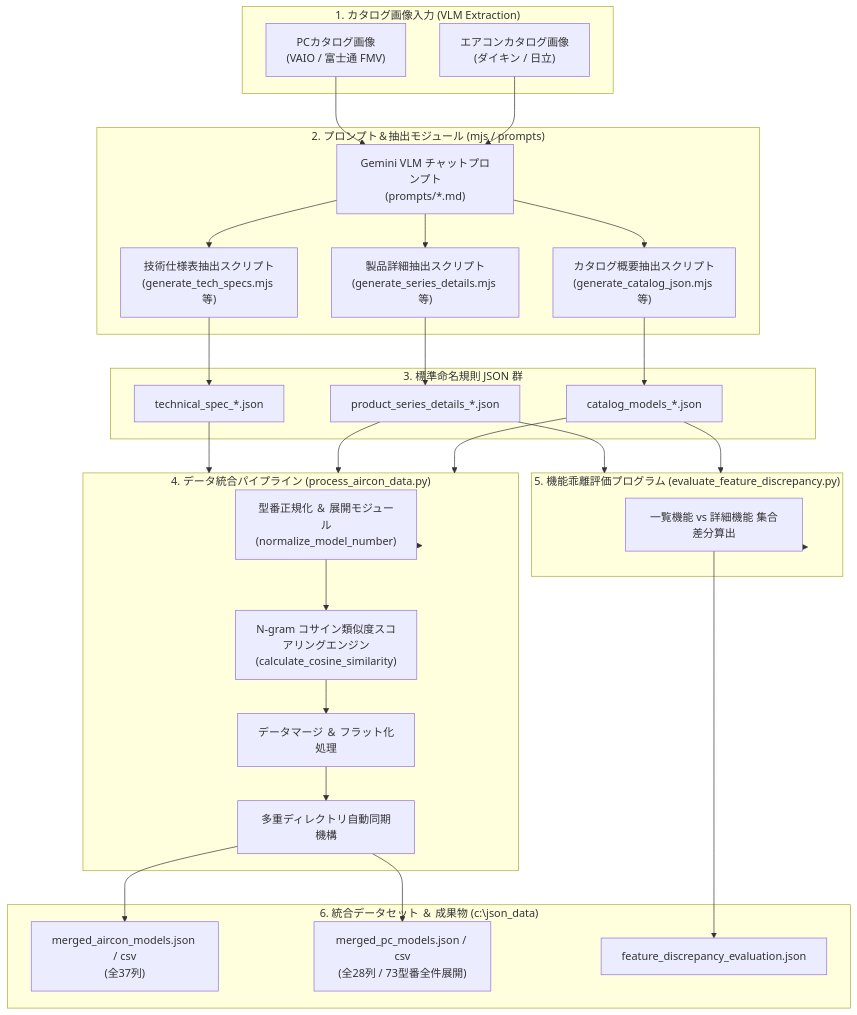
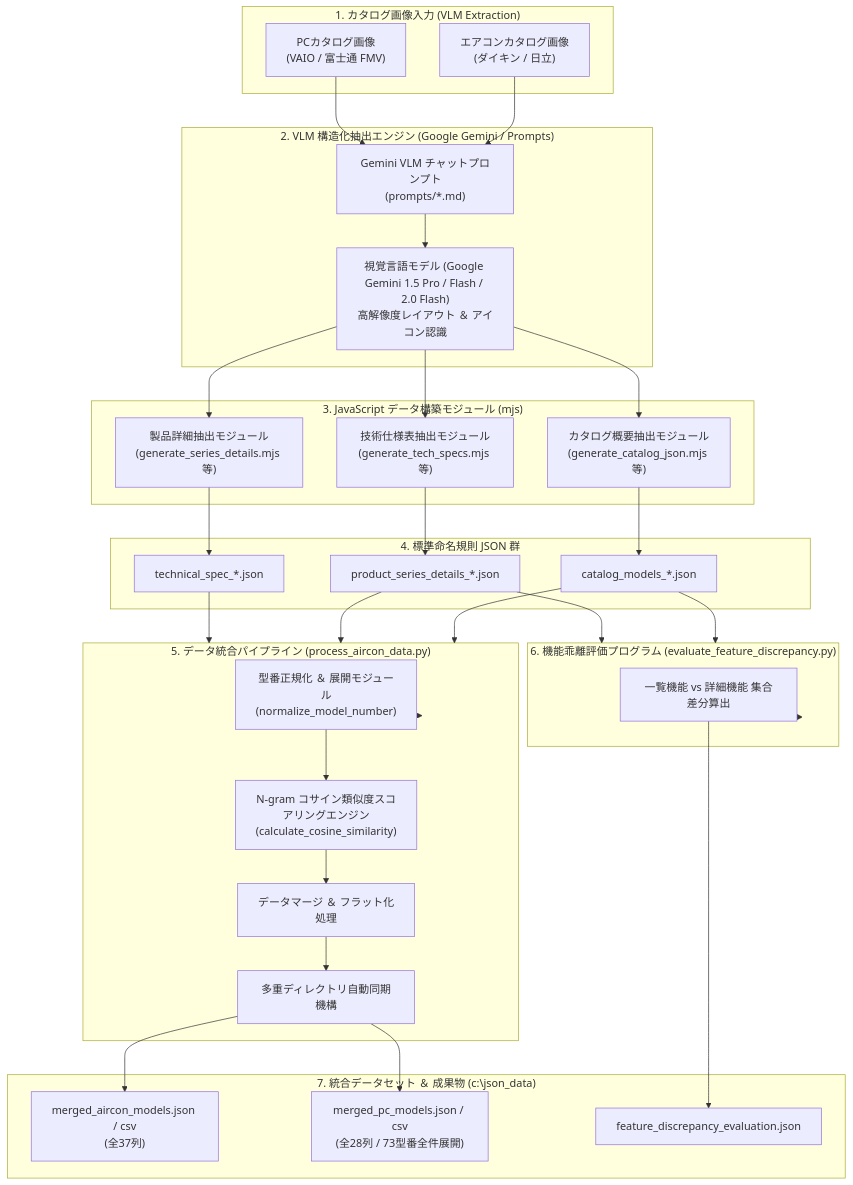
Before and after one commit to kuronekopr/VLM-20260809: the diagram in system_detailed_design.md, drawn with Mermaid. The commit also changed other lines of this file, not shown here.

Commit message:
Enhance system_detailed_design.md with Section 3 VLM Gemini structured JSON extraction specifications and prompt guardrails

````diff
--- a/system_detailed_design.md
+++ b/system_detailed_design.md
@@ -22,50 +23,53 @@
 ```mermaid
 flowchart TD
     subgraph Input ["1. カタログ画像入力 (VLM Extraction)"]
         Img1["エアコンカタログ画像<br>(ダイキン / 日立)"]
         Img2["PCカタログ画像<br>(VAIO / 富士通 FMV)"]
     end
 
-    subgraph PromptModule ["2. プロンプト＆抽出モジュール (mjs / prompts)"]
-        P1["Gemini VLM チャットプロンプト<br>(prompts/*.md)"]
-        S1["カタログ概要抽出スクリプト<br>(generate_catalog_json.mjs 等)"]
-        S2["製品詳細抽出スクリプト<br>(generate_series_details.mjs 等)"]
-        S3["技術仕様表抽出スクリプト<br>(generate_tech_specs.mjs 等)"]
+    subgraph VLMModule ["2. VLM 構造化抽出エンジン (Google Gemini / Prompts)"]
+        VP["Gemini VLM チャットプロンプト<br>(prompts/*.md)"]
+        VLM["視覚言語モデル (Google Gemini 1.5 Pro / Flash / 2.0 Flash)<br>高解像度レイアウト ＆ アイコン認識"]
     end
 
-    subgraph StandardFiles ["3. 標準命名規則 JSON 群"]
+    subgraph GeneratorModule ["3. JavaScript データ構築モジュール (mjs)"]
+        S1["カタログ概要抽出モジュール<br>(generate_catalog_json.mjs 等)"]
+        S2["製品詳細抽出モジュール<br>(generate_series_details.mjs 等)"]
+        S3["技術仕様表抽出モジュール<br>(generate_tech_specs.mjs 等)"]
+    end
+
+    subgraph StandardFiles ["4. 標準命名規則 JSON 群"]
         F1["catalog_models_*.json"]
         F2["product_series_details_*.json"]
         F3["technical_spec_*.json"]
     end
 
-    subgraph PipelineEngine ["4. データ統合パイプライン (process_aircon_data.py)"]
+    subgraph PipelineEngine ["5. データ統合パイプライン (process_aircon_data.py)"]
         E1["型番正規化 ＆ 展開モジュール<br>(normalize_model_number)"]
         E2["N-gram コサイン類似度スコアリングエンジン<br>(calculate_cosine_similarity)"]
         E3["データマージ ＆ フラット化処理"]
         E4["多重ディレクトリ自動同期機構"]
     end
 
-    subgraph Evaluator ["5. 機能乖離評価プログラム (evaluate_feature_discrepancy.py)"]
+    subgraph Evaluator ["6. 機能乖離評価プログラム (evaluate_feature_discrepancy.py)"]
         EV1["一覧機能 vs 詳細機能 集合差分算出"]
     end
 
-    subgraph OutputDataset ["6. 統合データセット ＆ 成果物 (c:\json_data)"]
+    subgraph OutputDataset ["7. 統合データセット ＆ 成果物 (c:\json_data)"]
         O1["merged_aircon_models.json / csv<br>(全37列)"]
         O2["merged_pc_models.json / csv<br>(全28列 / 73型番全件展開)"]
         O3["feature_discrepancy_evaluation.json"]
     end
 
-    Img1 --> P1
-    Img2 --> P1
-    P1 --> S1 & S2 & S3
+    Img1 & Img2 --> VP --> VLM
+    VLM --> S1 & S2 & S3
     S1 --> F1
-    S2 --> F2
-    S3 --> F3
+    S2 --> F3
+    S3 --> F2
 
     F1 & F2 & F3 --> PipelineEngine
     PipelineEngine --> E1 --> E2 --> E3 --> E4
     E4 --> O1 & O2
 
     F1 & F2 --> Evaluator --> EV1 --> O3
 ```
````
